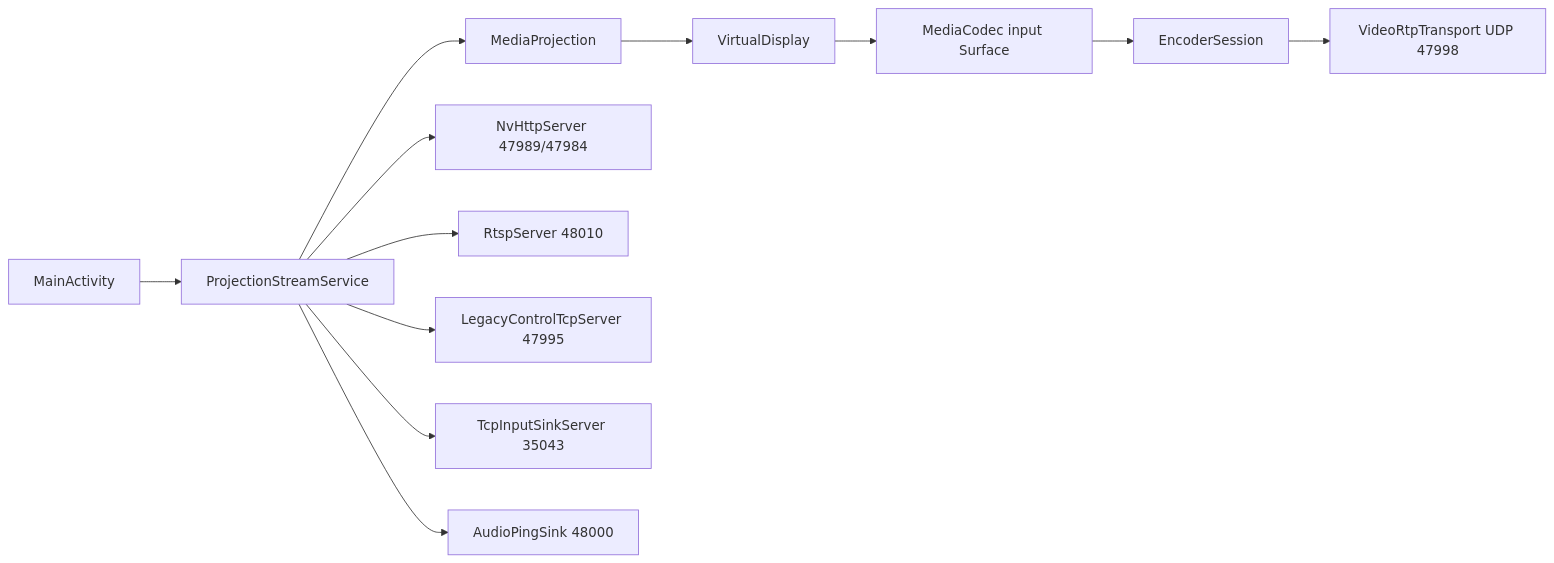
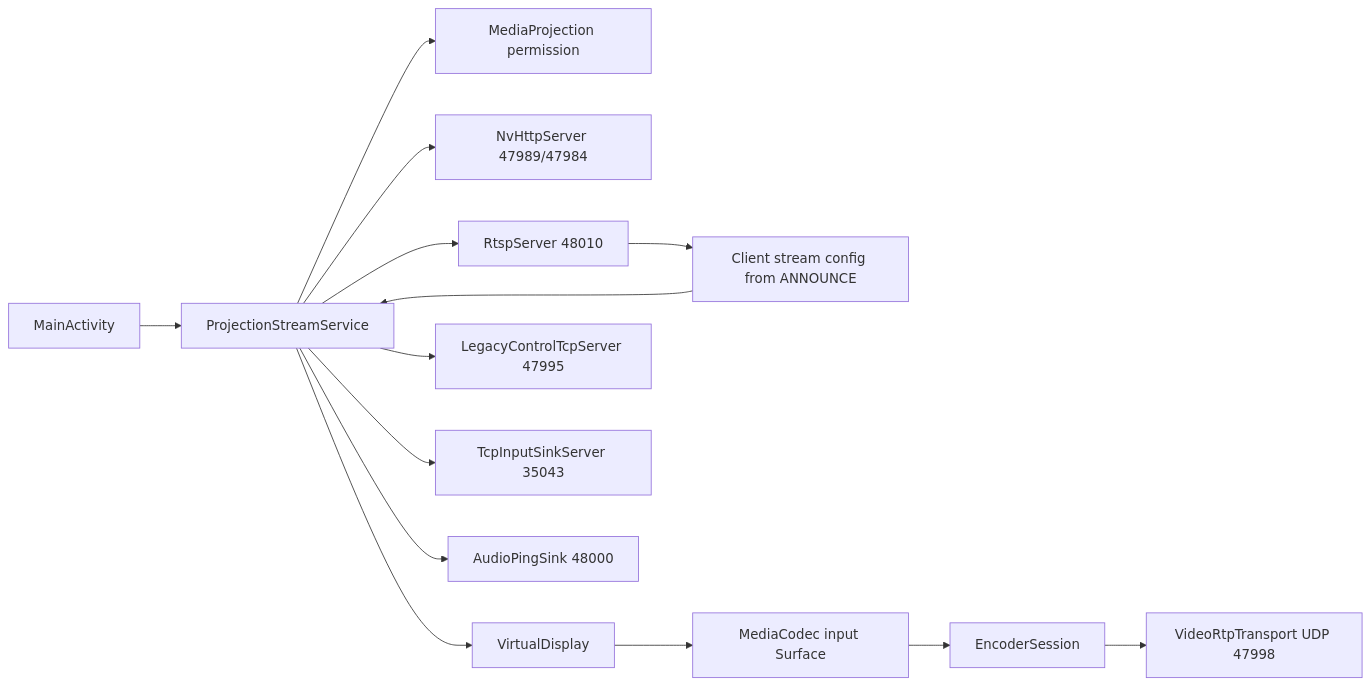
One commit to vairacing-tech/Solaris changed the diagram in docs/android-gamestream-server-plan.md. Above: the diagram before and after it, drawn with Mermaid. The commit also changed other lines of this file and 8 other files, not shown here.

Commit message:
Defer stream pipeline until client config

````diff
--- a/docs/android-gamestream-server-plan.md
+++ b/docs/android-gamestream-server-plan.md
@@ -140,14 +148,16 @@
 ```mermaid
 flowchart LR
   UI["MainActivity"] --> SVC["ProjectionStreamService"]
-  SVC --> MP["MediaProjection"]
-  MP --> VD["VirtualDisplay"]
+  SVC --> MP["MediaProjection permission"]
+  SVC --> NV["NvHttpServer 47989/47984"]
+  SVC --> RTSP["RtspServer 48010"]
+  RTSP --> CFG["Client stream config from ANNOUNCE"]
+  CFG --> SVC
+  SVC --> VD["VirtualDisplay"]
   VD --> SURF["MediaCodec input Surface"]
   SURF --> ENC["EncoderSession"]
   ENC --> RTP["VideoRtpTransport UDP 47998"]
-  SVC --> NV["NvHttpServer 47989/47984"]
-  SVC --> RTSP["RtspServer 48010"]
   SVC --> CTRL["LegacyControlTcpServer 47995"]
   SVC --> IN["TcpInputSinkServer 35043"]
   SVC --> AUD["AudioPingSink 48000"]
 ```
````
